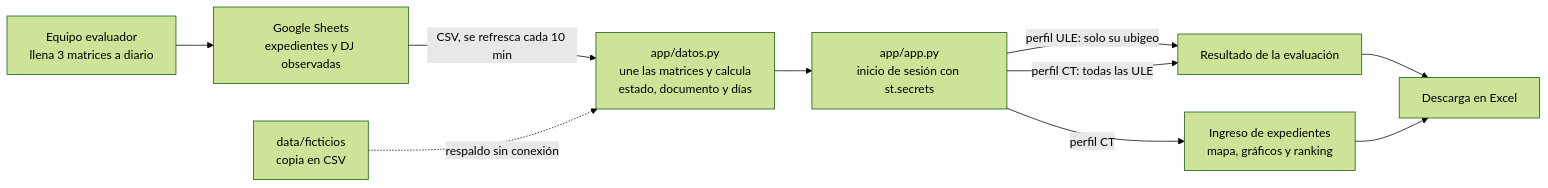
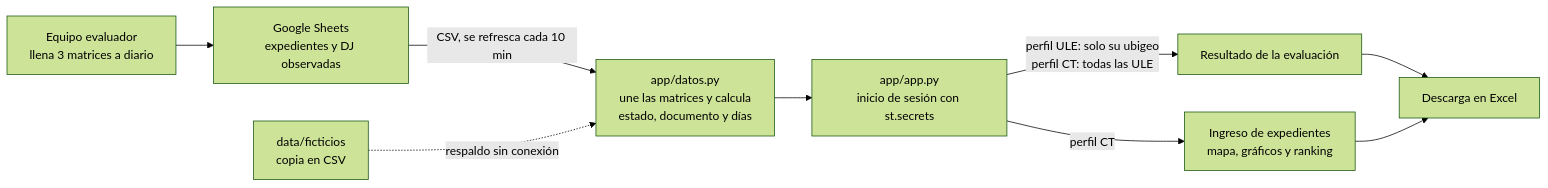
One commit to Clandra91/Info-ExpeDJ changed the diagram in README.md. Above: the diagram before and after it, drawn with Mermaid (forest theme). The commit also changed other lines of this file, not shown here.

Commit message:
Video de respaldo y diagrama más legible

````diff
--- a/README.md
+++ b/README.md
@@ -94,12 +96,11 @@
 ```mermaid
 flowchart LR
     A["Equipo evaluador<br/>llena 3 matrices a diario"] --> B["Google Sheets<br/>expedientes y DJ observadas"]
     B -->|CSV, se refresca cada 10 min| C["app/datos.py<br/>une las matrices y calcula<br/>estado, documento y días"]
     L["data/ficticios<br/>copia en CSV"] -.->|respaldo sin conexión| C
     C --> D["app/app.py<br/>inicio de sesión con st.secrets"]
-    D -->|perfil ULE: solo su ubigeo| E["Resultado de la evaluación"]
-    D -->|perfil CT: todas las ULE| E
+    D -->|"perfil ULE: solo su ubigeo<br/>perfil CT: todas las ULE"| E["Resultado de la evaluación"]
     D -->|perfil CT| F["Ingreso de expedientes<br/>mapa, gráficos y ranking"]
     E --> X["Descarga en Excel"]
     F --> X
 ```
````
